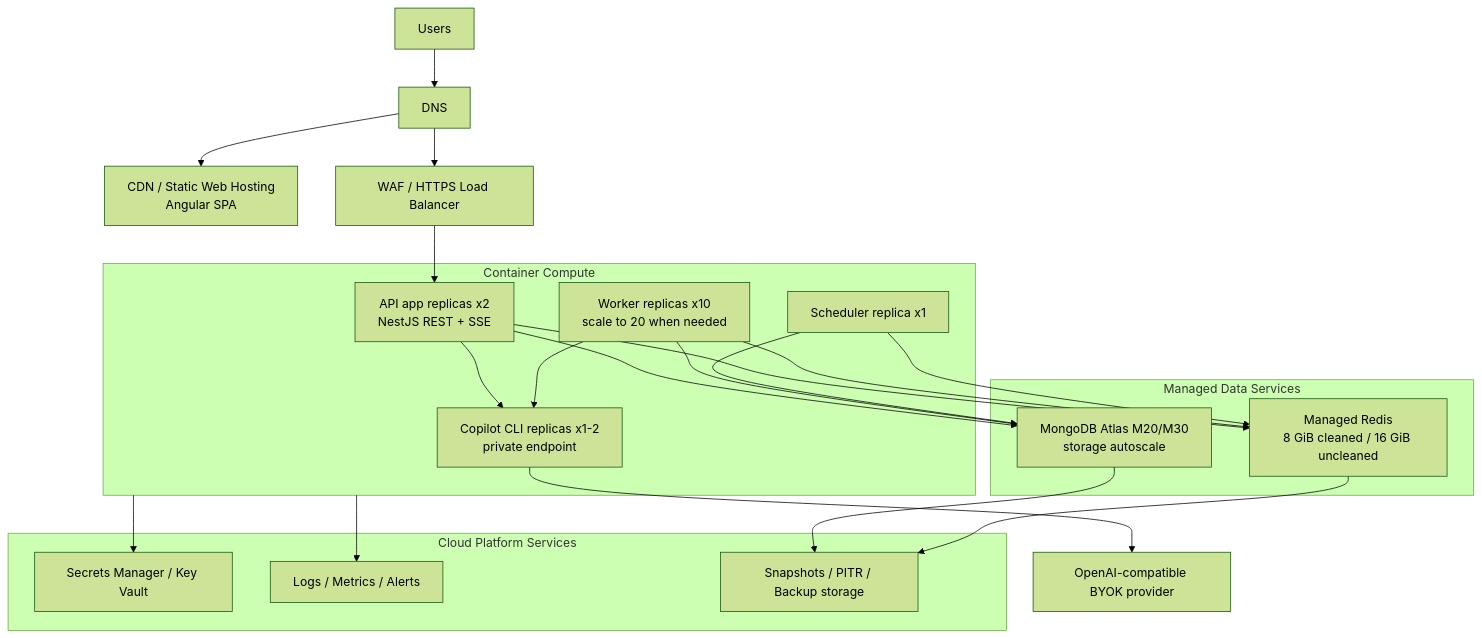
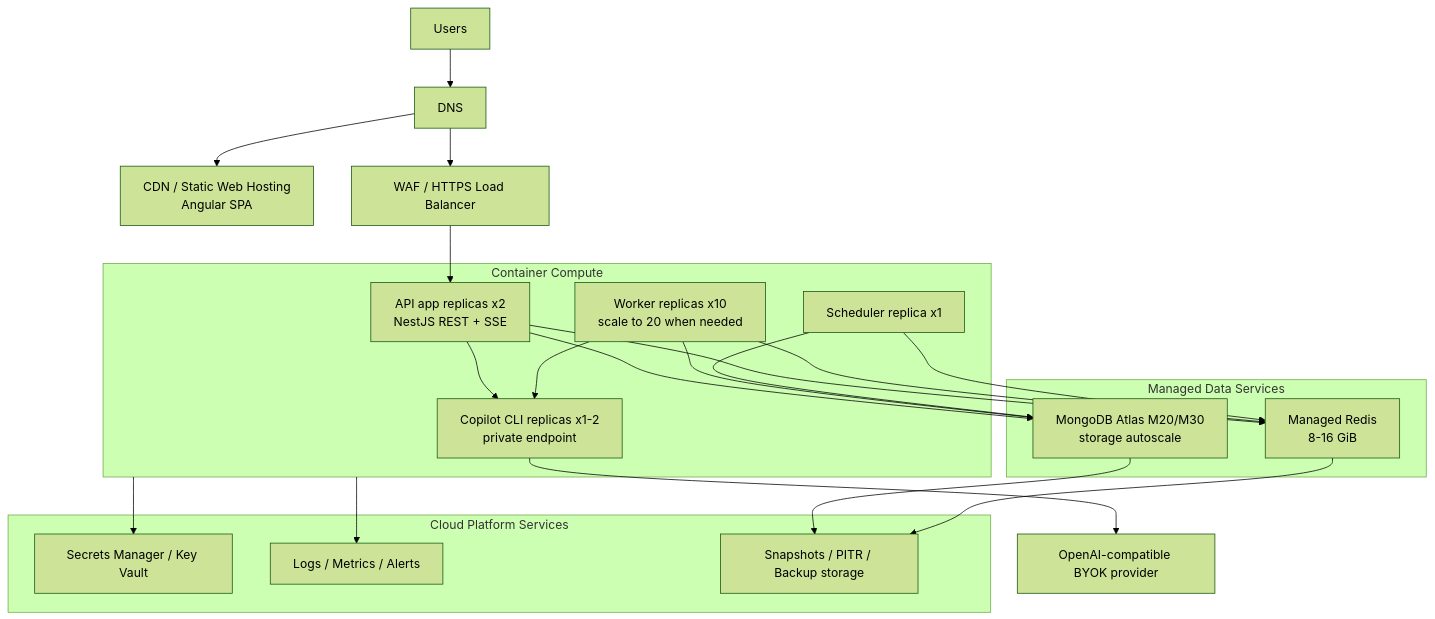
One commit to chunkai1312/temp changed diagram 12 of 17 in production-resource-architecture-proposal.md. Above: the diagram before and after it, drawn with Mermaid (forest theme). The commit also changed other lines of this file, not shown here.

````diff
--- a/production-resource-architecture-proposal.md
+++ b/production-resource-architecture-proposal.md
@@ -446,39 +507,39 @@
 ```mermaid
 flowchart TB
   USERS["Users"] --> DNS["DNS"]
   DNS --> CDN["CDN / Static Web Hosting\nAngular SPA"]
   DNS --> WAF["WAF / HTTPS Load Balancer"]
   WAF --> API["API app replicas x2\nNestJS REST + SSE"]
 
   subgraph COMPUTE["Container Compute"]
     API
     CLI["Copilot CLI replicas x1-2\nprivate endpoint"]
     WORKERS["Worker replicas x10\nscale to 20 when needed"]
     SCHED["Scheduler replica x1"]
   end
 
   subgraph MANAGED["Managed Data Services"]
     ATLAS["MongoDB Atlas M20/M30\nstorage autoscale"]
-    REDIS["Managed Redis\n8 GiB cleaned / 16 GiB uncleaned"]
+    REDIS["Managed Redis\n8-16 GiB"]
   end
 
   subgraph PLATFORM["Cloud Platform Services"]
     SECRETS["Secrets Manager / Key Vault"]
     OBS["Logs / Metrics / Alerts"]
     BACKUP["Snapshots / PITR / Backup storage"]
   end
 
   API --> ATLAS
   API --> REDIS
   API --> CLI
   WORKERS --> ATLAS
   WORKERS --> REDIS
   WORKERS --> CLI
   SCHED --> ATLAS
   SCHED --> REDIS
   CLI --> PROVIDER["OpenAI-compatible BYOK provider"]
   COMPUTE --> OBS
   ATLAS --> BACKUP
   REDIS --> BACKUP
   COMPUTE --> SECRETS
 ```
````
